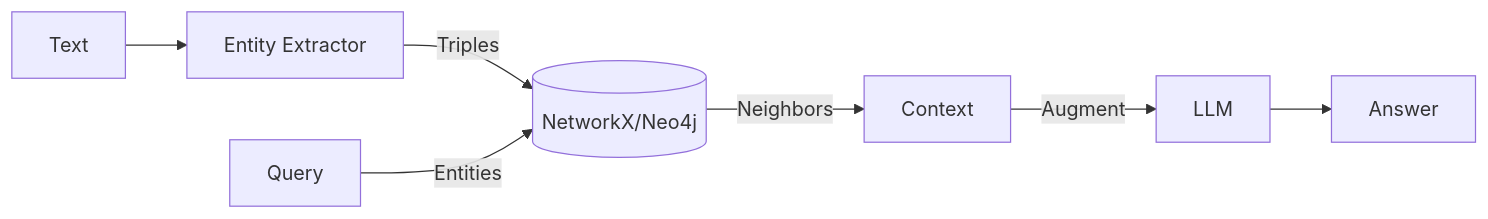
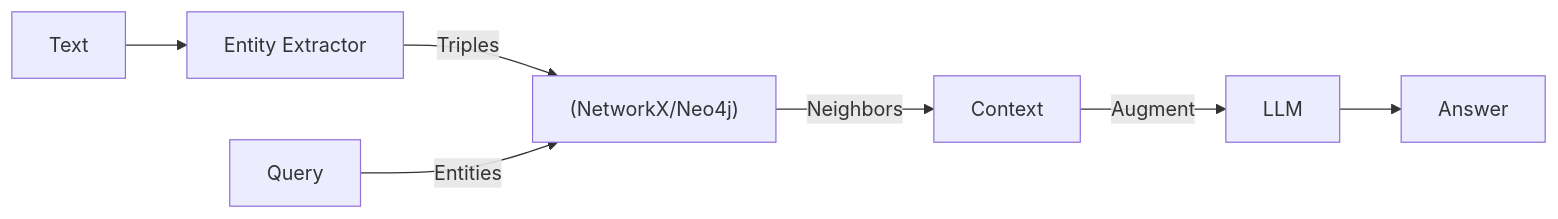
Diagram 17 of 20 in genai_enterprise_usecases/ARCHITECTURE_GUIDE.md (sricheru/agentic-ai-portfolio), drawn with Mermaid before and after one commit. The commit also changed other lines of this file, not shown here.

Commit message:
fix(docs): resolve GitHub Mermaid syntax errors in architecture guide

````diff
--- a/genai_enterprise_usecases/ARCHITECTURE_GUIDE.md
+++ b/genai_enterprise_usecases/ARCHITECTURE_GUIDE.md
@@ -377,9 +381,9 @@
 ```mermaid
 graph LR
     Text --> Extractor[Entity Extractor]
-    Extractor -->|Triples| GraphDB[(NetworkX/Neo4j)]
+    Extractor -->|Triples| GraphDB["(NetworkX/Neo4j)"]
     Query -->|Entities| GraphDB
     GraphDB -->|Neighbors| Context
     Context -->|Augment| LLM
     LLM --> Answer
 ```
````
